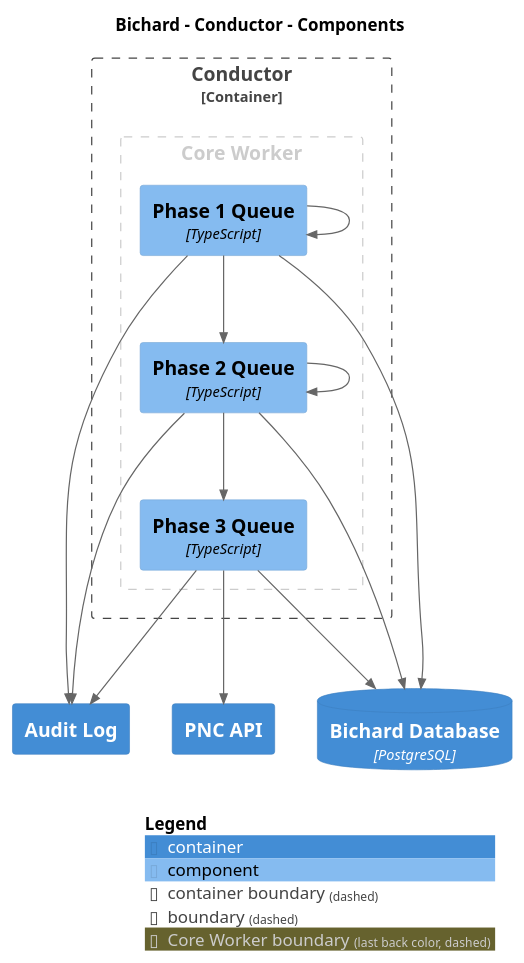
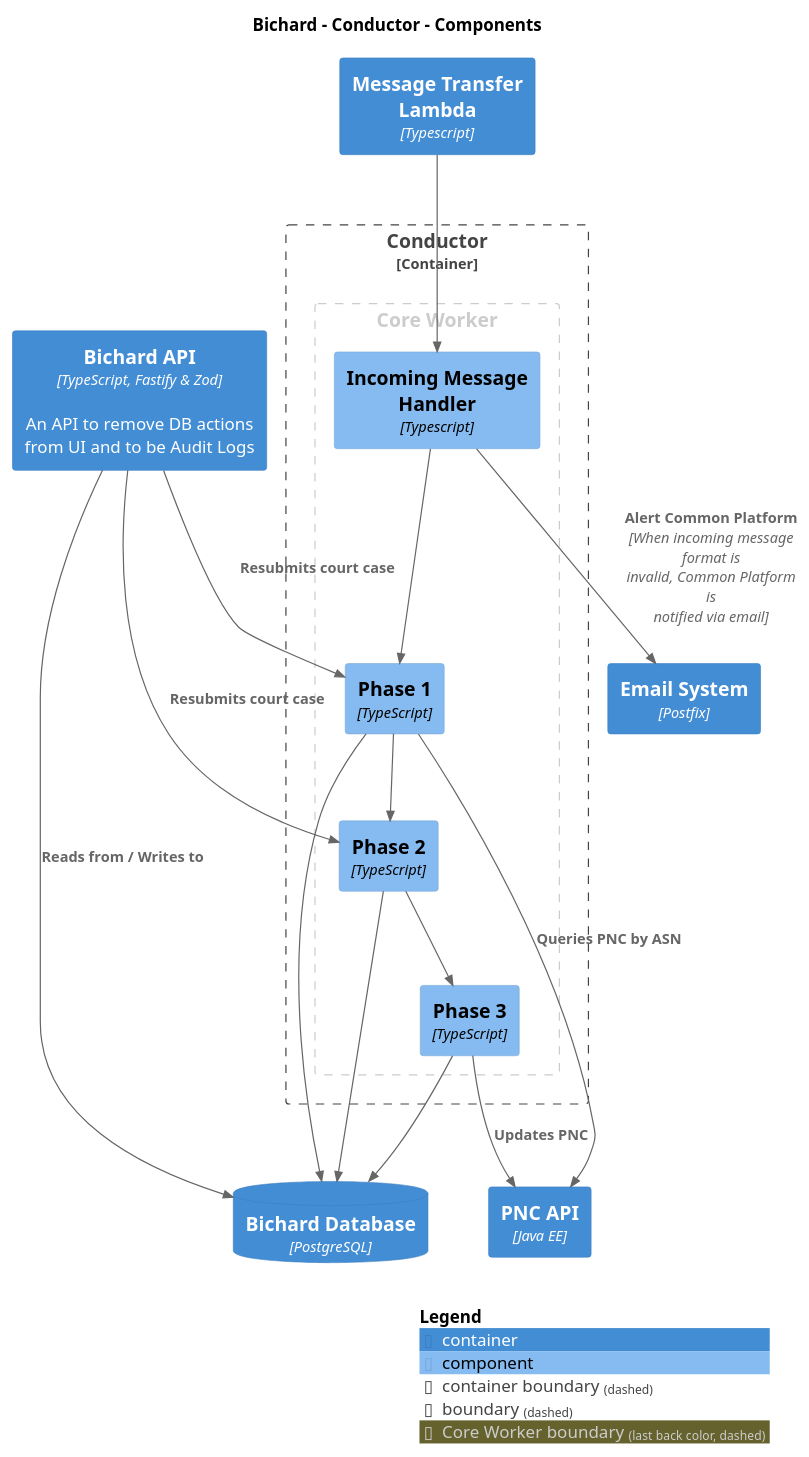
Before and after one commit to ministryofjustice/bichard7-next-core: the diagram in main/puml/Component-001.puml, drawn with PlantUML. The commit also changed 178 other files, not shown here.

```diff
--- a/main/puml/Component-001.puml
+++ b/main/puml/Component-001.puml
@@ -1,39 +1,44 @@
 @startuml
 set separator none
 title Bichard - Conductor - Components
 
 top to bottom direction
 
 !include <C4/C4>
 !include <C4/C4_Context>
 !include <C4/C4_Container>
 !include <C4/C4_Component>
 
+Container(Bichard.MessageTransferLambda, "Message Transfer Lambda", $techn="Typescript", $descr="", $tags="", $link="")
 ContainerDb(Bichard.BichardDatabase, "Bichard Database", $techn="PostgreSQL", $descr="", $tags="", $link="")
-Container(Bichard.AuditLog, "Audit Log", $techn="", $descr="", $tags="", $link="")
-Container(Bichard.PNCAPI, "PNC API", $techn="", $descr="", $tags="", $link="")
+Container(Bichard.EmailSystem, "Email System", $techn="Postfix", $descr="", $tags="", $link="")
+Container(Bichard.PNCAPI, "PNC API", $techn="Java EE", $descr="", $tags="", $link="")
+Container(Bichard.BichardAPI, "Bichard API", $techn="TypeScript, Fastify & Zod", $descr="An API to remove DB actions from UI and to be Audit Logs", $tags="", $link="")
 
 Container_Boundary("Bichard.Conductor_boundary", "Conductor", $tags="") {
   AddBoundaryTag("Core Worker", $borderColor="#cccccc", $fontColor="#cccccc", $borderStyle="dashed")
   Boundary(group_1, "Core Worker", $tags="Core Worker") {
-    Component(Bichard.Conductor.Phase1Queue, "Phase 1 Queue", $techn="TypeScript", $descr="", $tags="", $link="")
-    Component(Bichard.Conductor.Phase2Queue, "Phase 2 Queue", $techn="TypeScript", $descr="", $tags="", $link="")
-    Component(Bichard.Conductor.Phase3Queue, "Phase 3 Queue", $techn="TypeScript", $descr="", $tags="", $link="")
+    Component(Bichard.Conductor.IncomingMessageHandler, "Incoming Message Handler", $techn="Typescript", $descr="", $tags="", $link="")
+    Component(Bichard.Conductor.Phase1, "Phase 1", $techn="TypeScript", $descr="", $tags="", $link="")
+    Component(Bichard.Conductor.Phase2, "Phase 2", $techn="TypeScript", $descr="", $tags="", $link="")
+    Component(Bichard.Conductor.Phase3, "Phase 3", $techn="TypeScript", $descr="", $tags="", $link="")
   }
 
 }
 
-Rel(Bichard.Conductor.Phase1Queue, Bichard.Conductor.Phase1Queue, "", $techn="", $tags="", $link="")
-Rel(Bichard.Conductor.Phase1Queue, Bichard.Conductor.Phase2Queue, "", $techn="", $tags="", $link="")
-Rel(Bichard.Conductor.Phase2Queue, Bichard.Conductor.Phase2Queue, "", $techn="", $tags="", $link="")
-Rel(Bichard.Conductor.Phase2Queue, Bichard.Conductor.Phase3Queue, "", $techn="", $tags="", $link="")
-Rel(Bichard.Conductor.Phase1Queue, Bichard.AuditLog, "", $techn="", $tags="", $link="")
-Rel(Bichard.Conductor.Phase2Queue, Bichard.AuditLog, "", $techn="", $tags="", $link="")
-Rel(Bichard.Conductor.Phase3Queue, Bichard.AuditLog, "", $techn="", $tags="", $link="")
-Rel(Bichard.Conductor.Phase3Queue, Bichard.PNCAPI, "", $techn="", $tags="", $link="")
-Rel(Bichard.Conductor.Phase1Queue, Bichard.BichardDatabase, "", $techn="", $tags="", $link="")
-Rel(Bichard.Conductor.Phase2Queue, Bichard.BichardDatabase, "", $techn="", $tags="", $link="")
-Rel(Bichard.Conductor.Phase3Queue, Bichard.BichardDatabase, "", $techn="", $tags="", $link="")
+Rel(Bichard.MessageTransferLambda, Bichard.Conductor.IncomingMessageHandler, "", $techn="", $tags="", $link="")
+Rel(Bichard.Conductor.IncomingMessageHandler, Bichard.Conductor.Phase1, "", $techn="", $tags="", $link="")
+Rel(Bichard.Conductor.Phase1, Bichard.Conductor.Phase2, "", $techn="", $tags="", $link="")
+Rel(Bichard.Conductor.Phase2, Bichard.Conductor.Phase3, "", $techn="", $tags="", $link="")
+Rel(Bichard.Conductor.Phase1, Bichard.PNCAPI, "Queries PNC by ASN", $techn="", $tags="", $link="")
+Rel(Bichard.Conductor.Phase3, Bichard.PNCAPI, "Updates PNC", $techn="", $tags="", $link="")
+Rel(Bichard.Conductor.Phase1, Bichard.BichardDatabase, "", $techn="", $tags="", $link="")
+Rel(Bichard.Conductor.Phase2, Bichard.BichardDatabase, "", $techn="", $tags="", $link="")
+Rel(Bichard.Conductor.Phase3, Bichard.BichardDatabase, "", $techn="", $tags="", $link="")
+Rel(Bichard.Conductor.IncomingMessageHandler, Bichard.EmailSystem, "Alert Common Platform", $techn="When incoming message format is invalid, Common Platform is notified via email", $tags="", $link="")
+Rel(Bichard.BichardAPI, Bichard.Conductor.Phase1, "Resubmits court case", $techn="", $tags="", $link="")
+Rel(Bichard.BichardAPI, Bichard.Conductor.Phase2, "Resubmits court case", $techn="", $tags="", $link="")
+Rel(Bichard.BichardAPI, Bichard.BichardDatabase, "Reads from / Writes to", $techn="", $tags="", $link="")
 
 SHOW_LEGEND(true)
 @enduml
```
